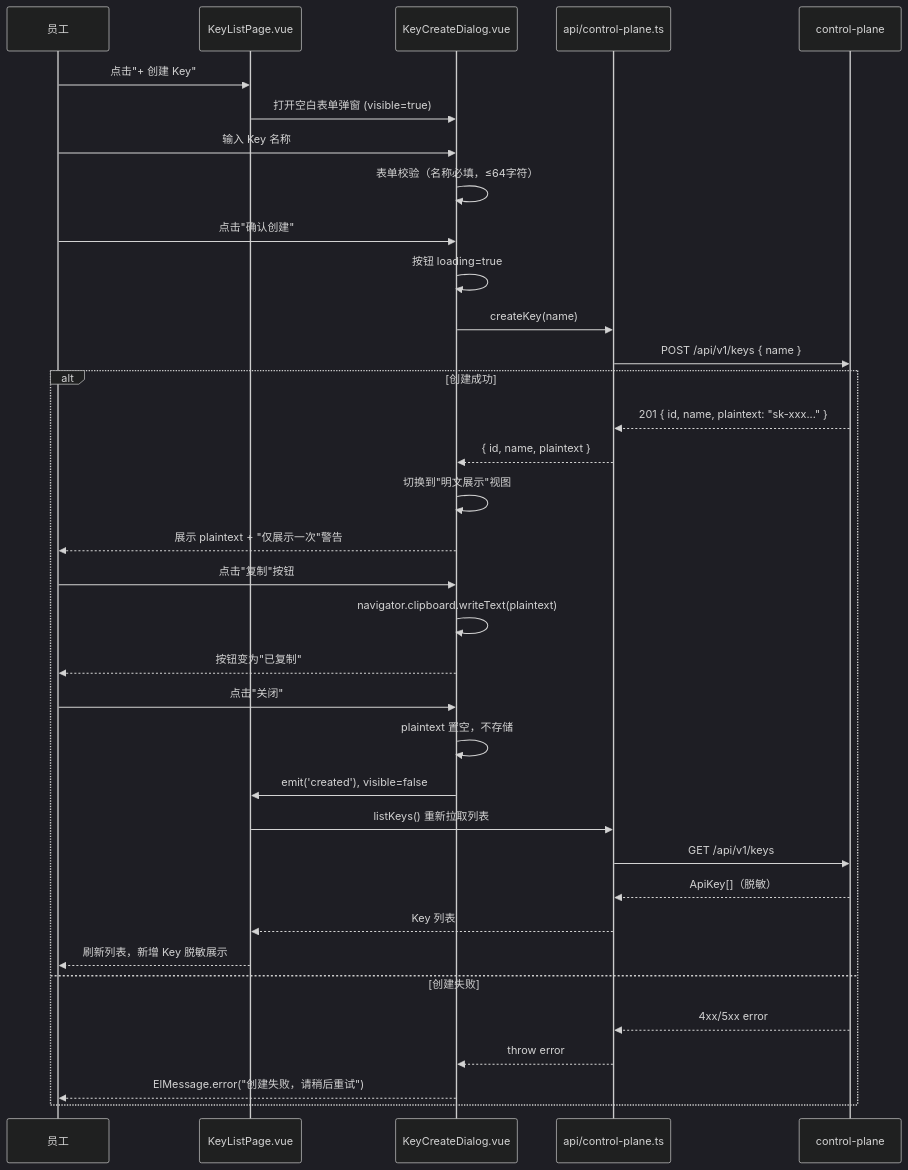
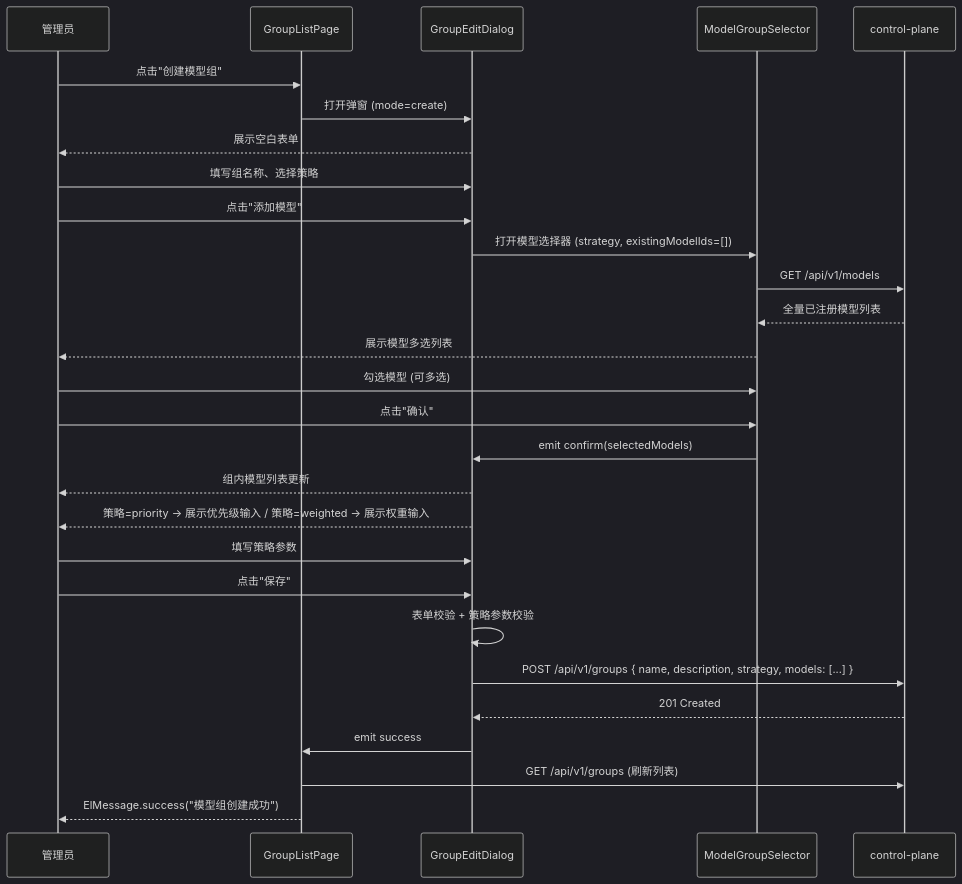
One commit to achieve-jsy/llm-gateway changed the first of 3 diagrams in xspec/changes/ops-console/design.delta.md. Above: the diagram before and after it, drawn with Mermaid (dark theme). The commit also changed other lines of this file and 174 other files, not shown here.

````diff
--- a/xspec/changes/ops-console/design.delta.md
+++ b/xspec/changes/ops-console/design.delta.md
@@ -334,38 +528,33 @@
 ```mermaid
 sequenceDiagram
-    participant User as 员工
-    participant Page as KeyListPage.vue
-    participant Dialog as KeyCreateDialog.vue
-    participant API as api/control-plane.ts
+    participant ADM as 管理员
+    participant GLP as GroupListPage
+    participant GED as GroupEditDialog
+    participant MGS as ModelGroupSelector
     participant CP as control-plane
 
-    User->>Page: 点击"+ 创建 Key"
-    Page->>Dialog: 打开空白表单弹窗 (visible=true)
-    User->>Dialog: 输入 Key 名称
-    Dialog->>Dialog: 表单校验（名称必填，≤64字符）
-    User->>Dialog: 点击"确认创建"
-    Dialog->>Dialog: 按钮 loading=true
-    Dialog->>API: createKey(name)
-    API->>CP: POST /api/v1/keys { name }
-    alt 创建成功
-        CP-->>API: 201 { id, name, plaintext: "sk-xxx..." }
-        API-->>Dialog: { id, name, plaintext }
-        Dialog->>Dialog: 切换到"明文展示"视图
-        Dialog-->>User: 展示 plaintext + "仅展示一次"警告
-        User->>Dialog: 点击"复制"按钮
-        Dialog->>Dialog: navigator.clipboard.writeText(plaintext)
-        Dialog-->>User: 按钮变为"已复制"
-        User->>Dialog: 点击"关闭"
-        Dialog->>Dialog: plaintext 置空，不存储
-        Dialog->>Page: emit('created'), visible=false
-        Page->>API: listKeys() 重新拉取列表
-        API->>CP: GET /api/v1/keys
-        CP-->>API: ApiKey[]（脱敏）
-        API-->>Page: Key 列表
-        Page-->>User: 刷新列表，新增 Key 脱敏展示
-    else 创建失败
-        CP-->>API: 4xx/5xx error
-        API-->>Dialog: throw error
-        Dialog-->>User: ElMessage.error("创建失败，请稍后重试")
-    end
+    ADM->>GLP: 点击"创建模型组"
+    GLP->>GED: 打开弹窗 (mode=create)
+    GED-->>ADM: 展示空白表单
+
+    ADM->>GED: 填写组名称、选择策略
+    ADM->>GED: 点击"添加模型"
+    GED->>MGS: 打开模型选择器 (strategy, existingModelIds=[])
+    MGS->>CP: GET /api/v1/models
+    CP-->>MGS: 全量已注册模型列表
+    MGS-->>ADM: 展示模型多选列表
+    ADM->>MGS: 勾选模型 (可多选)
+    ADM->>MGS: 点击"确认"
+    MGS->>GED: emit confirm(selectedModels)
+    GED-->>ADM: 组内模型列表更新
+    GED-->>ADM: 策略=priority → 展示优先级输入 / 策略=weighted → 展示权重输入
+
+    ADM->>GED: 填写策略参数
+    ADM->>GED: 点击"保存"
+    GED->>GED: 表单校验 + 策略参数校验
+    GED->>CP: POST /api/v1/groups { name, description, strategy, models: [...] }
+    CP-->>GED: 201 Created
+    GED->>GLP: emit success
+    GLP->>CP: GET /api/v1/groups (刷新列表)
+    GLP-->>ADM: ElMessage.success("模型组创建成功")
 ```
````
